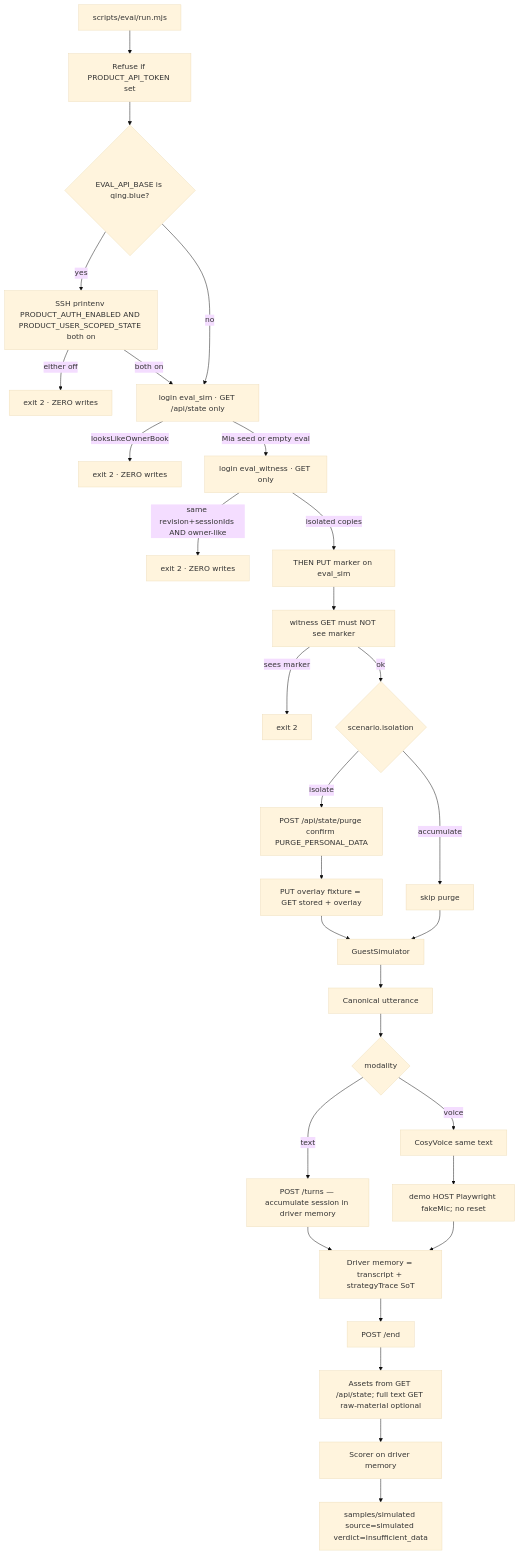
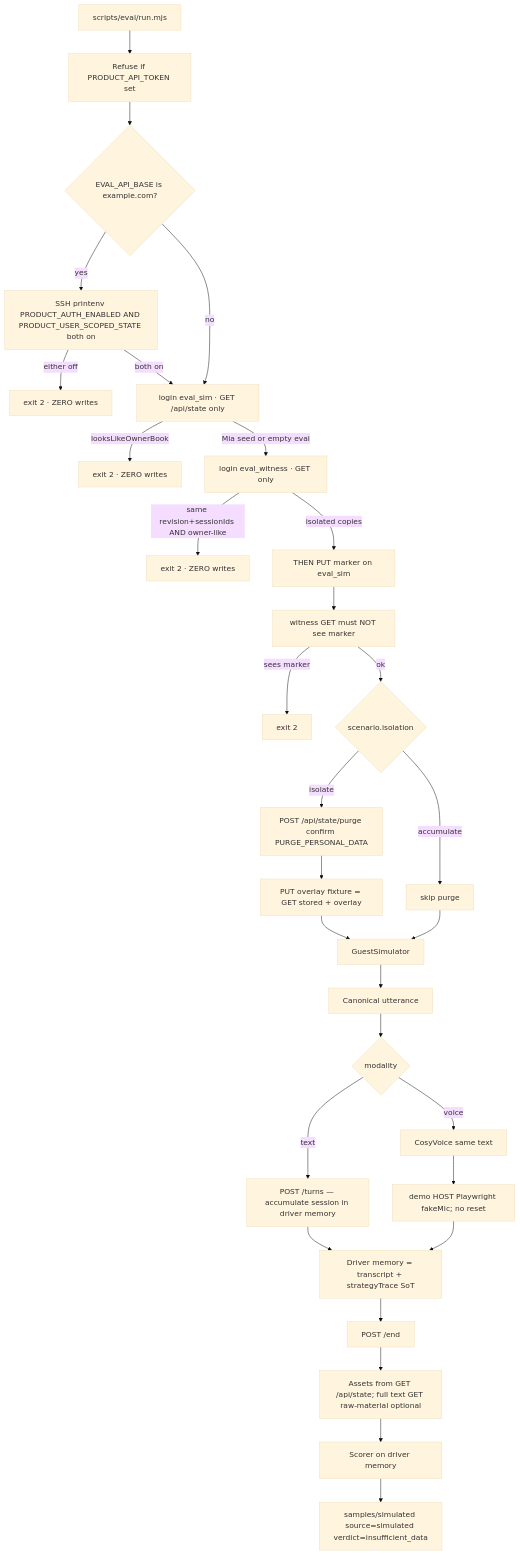
One commit to liuwenpinghaher-commits/zhuanfang changed the second of 3 diagrams in docs/plans/2026-08-20-unified-adversarial-eval.md. Above: the diagram before and after it, drawn with Mermaid (base theme). The commit also changed other lines of this file and 73 other files, not shown here.

````diff
--- a/docs/plans/2026-08-20-unified-adversarial-eval.md
+++ b/docs/plans/2026-08-20-unified-adversarial-eval.md
@@ -125,33 +125,33 @@
 ```mermaid
 flowchart TB
   CLI["scripts/eval/run.mjs"]
   CLI --> BOOT["Refuse if PRODUCT_API_TOKEN set"]
-  BOOT --> SSH{"EVAL_API_BASE is qing.blue?"}
+  BOOT --> SSH{"EVAL_API_BASE is example.com?"}
   SSH -->|yes| ENV["SSH printenv PRODUCT_AUTH_ENABLED AND PRODUCT_USER_SCOPED_STATE both on"]
   ENV -->|either off| ABORT0["exit 2 · ZERO writes"]
   SSH -->|no| RO
   ENV -->|both on| RO["login eval_sim · GET /api/state only"]
   RO -->|looksLikeOwnerBook| ABORT1["exit 2 · ZERO writes"]
   RO -->|Mia seed or empty eval| WGET["login eval_witness · GET only"]
   WGET -->|same revision+sessionIds AND owner-like| ABORT2["exit 2 · ZERO writes"]
   WGET -->|isolated copies| MARK["THEN PUT marker on eval_sim"]
   MARK --> W2["witness GET must NOT see marker"]
   W2 -->|sees marker| ABORT3["exit 2"]
   W2 -->|ok| ISO{"scenario.isolation"}
   ISO -->|isolate| PURGE["POST /api/state/purge confirm PURGE_PERSONAL_DATA"]
   ISO -->|accumulate| SKIP["skip purge"]
   PURGE --> FIX["PUT overlay fixture = GET stored + overlay"]
   SKIP --> GUEST
   FIX --> GUEST["GuestSimulator"]
   GUEST --> UTT["Canonical utterance"]
   UTT --> MOD{"modality"}
   MOD -->|text| TURNS["POST /turns — accumulate session in driver memory"]
   MOD -->|voice| TTS["CosyVoice same text"]
   TTS --> FM["demo HOST Playwright fakeMic; no reset"]
   TURNS --> MEM["Driver memory = transcript + strategyTrace SoT"]
   FM --> MEM
   MEM --> END["POST /end"]
   END --> COLD["Assets from GET /api/state; full text GET raw-material optional"]
   COLD --> SCORE["Scorer on driver memory"]
   SCORE --> ART["samples/simulated source=simulated verdict=insufficient_data"]
 ```
````
